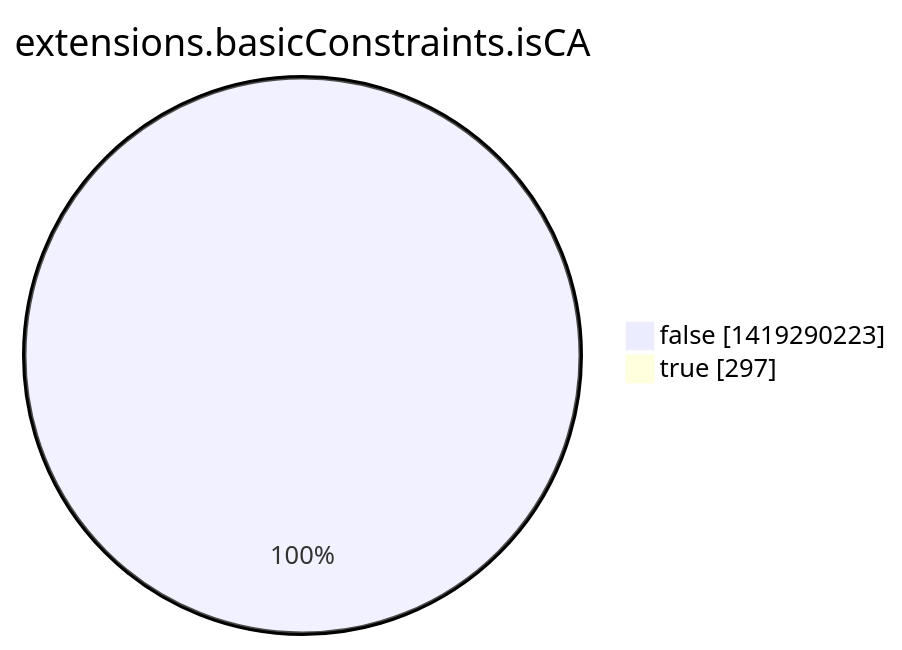
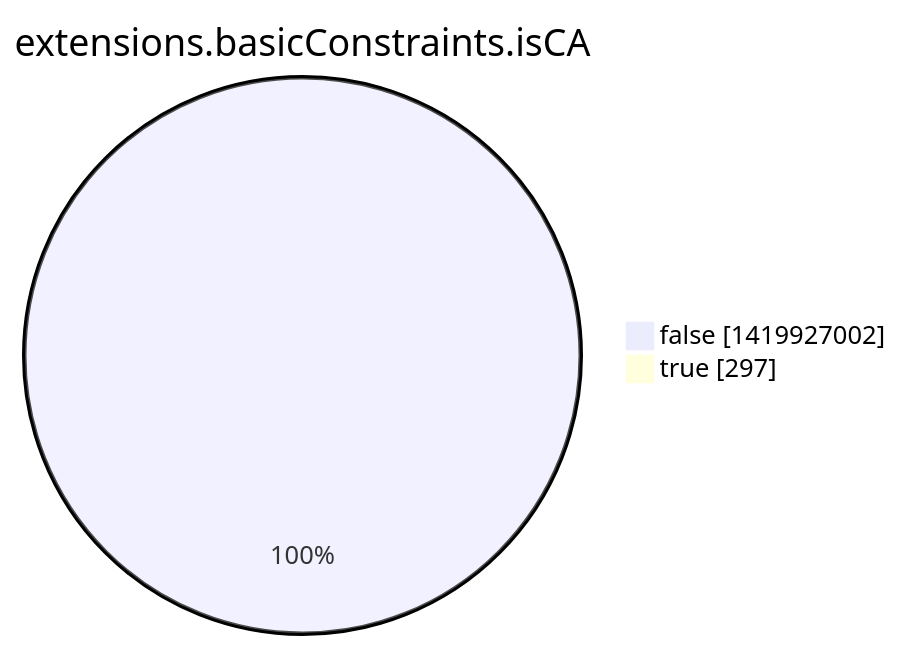
Before and after one commit to christiankrug/ctmonitor_visualization: the eighth of 15 diagrams in argon2022/README.md, drawn with Mermaid. The commit also changed other lines of this file, not shown here.

````diff
--- a/argon2022/README.md
+++ b/argon2022/README.md
@@ -2760,6 +2760,6 @@
 ```mermaid
 pie showData
 title extensions.basicConstraints.isCA
-"false" :1419290223
+"false" :1419927002
 "true" :297
 ```
````
